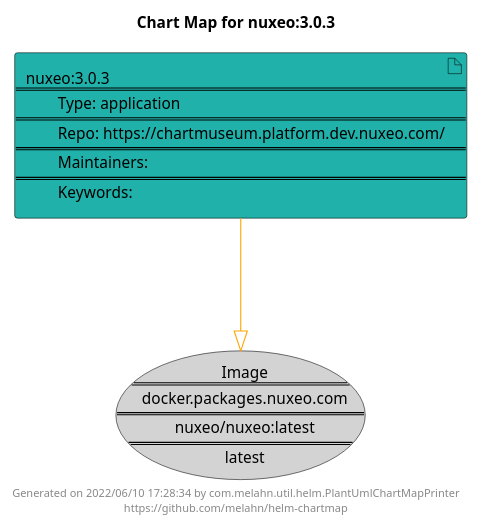
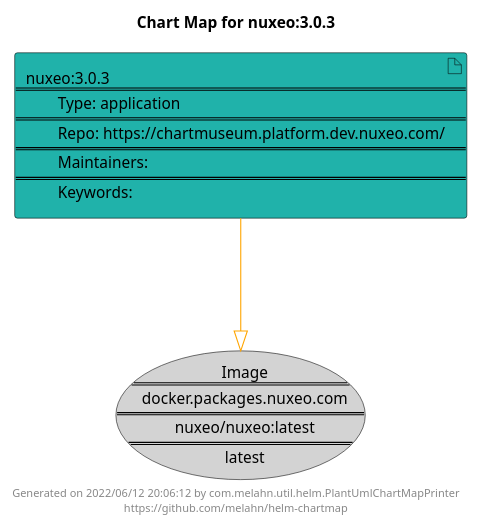
The diagram in docs/nuxeo/nuxeo-3.0.3.puml (melahn/helm-chartmap), drawn with PlantUML before and after one commit. The commit also changed 59 other files, not shown here.

Commit message:
Update Example Chart Maps as part of GitHub build

```diff
--- a/docs/nuxeo/nuxeo-3.0.3.puml
+++ b/docs/nuxeo/nuxeo-3.0.3.puml
@@ -1,21 +1,21 @@
 @startuml
 skinparam linetype ortho
 skinparam backgroundColor white
 skinparam usecaseBorderColor black
 skinparam usecaseArrowColor LightSlateGray
 skinparam artifactBorderColor black
 skinparam artifactArrowColor LightSlateGray
 
 title Chart Map for nuxeo:3.0.3
 
 'There is one referenced Helm Chart
 artifact "nuxeo:3.0.3\n====\n\tType: application\n====\n\tRepo: https://chartmuseum.platform.dev.nuxeo.com/\n====\n\tMaintainers: \n====\n\tKeywords: " as nuxeo_3_0_3 #LightSeaGreen
 
 'There is one referenced Docker Image
 usecase "Image\n====\ndocker.packages.nuxeo.com\n====\nnuxeo/nuxeo:latest\n====\nlatest" as docker_packages_nuxeo_com_nuxeo_nuxeo_latest #LightGray
 
 'Chart Dependencies
 nuxeo_3_0_3--[#orange]-|>docker_packages_nuxeo_com_nuxeo_nuxeo_latest
 
-center footer Generated on 2022/06/10 17:28:34 by com.melahn.util.helm.PlantUmlChartMapPrinter\nhttps://github.com/melahn/helm-chartmap
+center footer Generated on 2022/06/12 20:06:12 by com.melahn.util.helm.PlantUmlChartMapPrinter\nhttps://github.com/melahn/helm-chartmap
 @enduml
```
